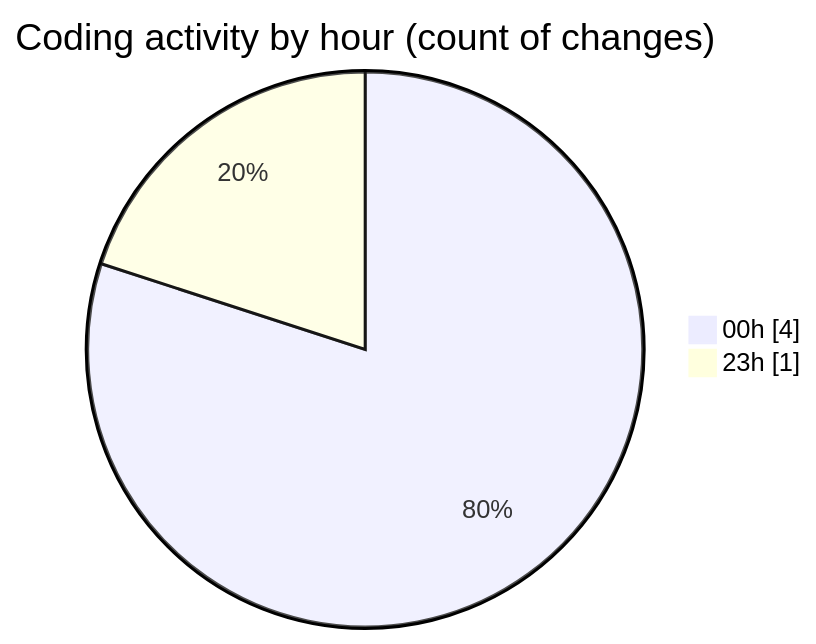
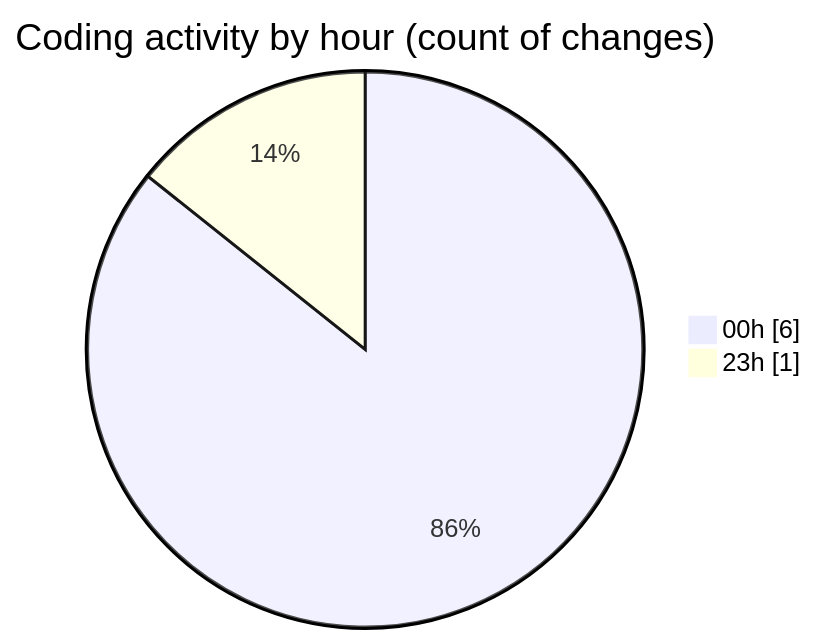
One commit to EIIisD/code-tracking changed the second of 2 diagrams in 2025-07-11/fish/README.md. Above: the diagram before and after it, drawn with Mermaid. The commit also changed other lines of this file and 1 other file, not shown here.

````diff
--- a/2025-07-11/fish/README.md
+++ b/2025-07-11/fish/README.md
@@ -30,6 +31,6 @@
 ```mermaid
 pie showData
 title Coding activity by hour (count of changes)
-"00h" : 4
+"00h" : 6
 "23h" : 1
 ```
````
